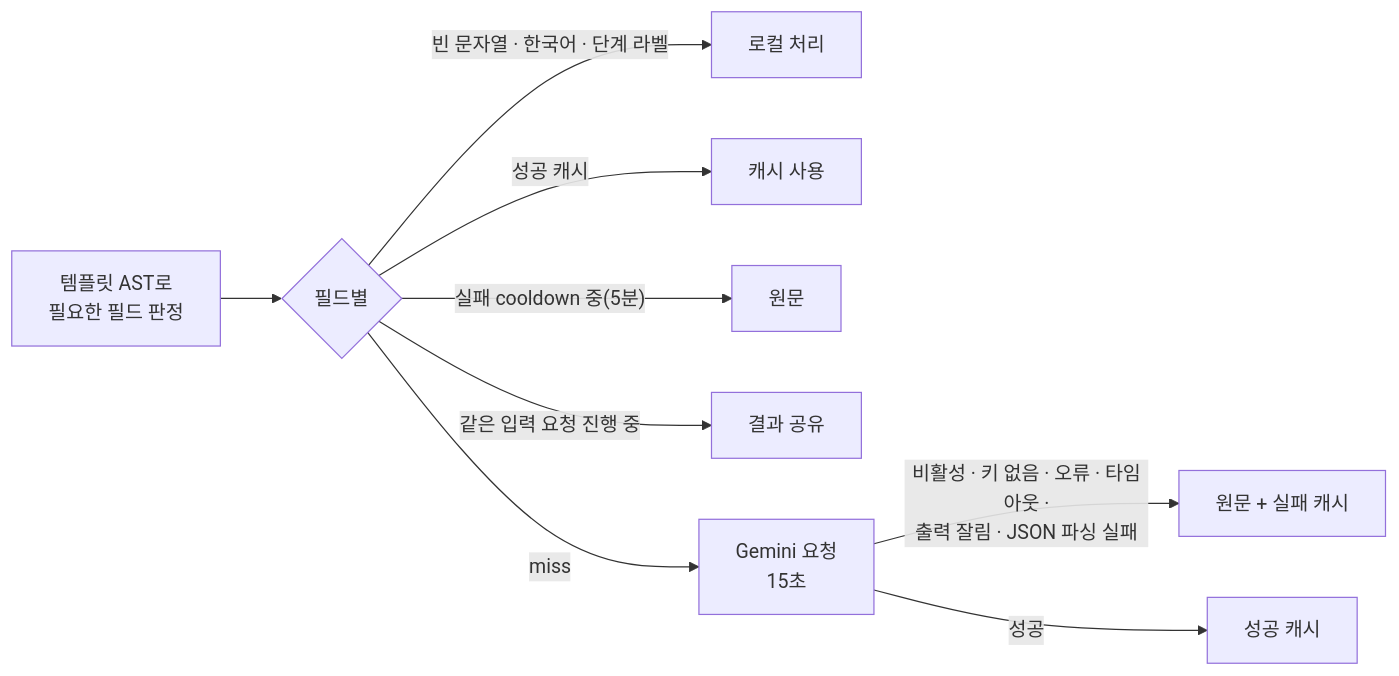
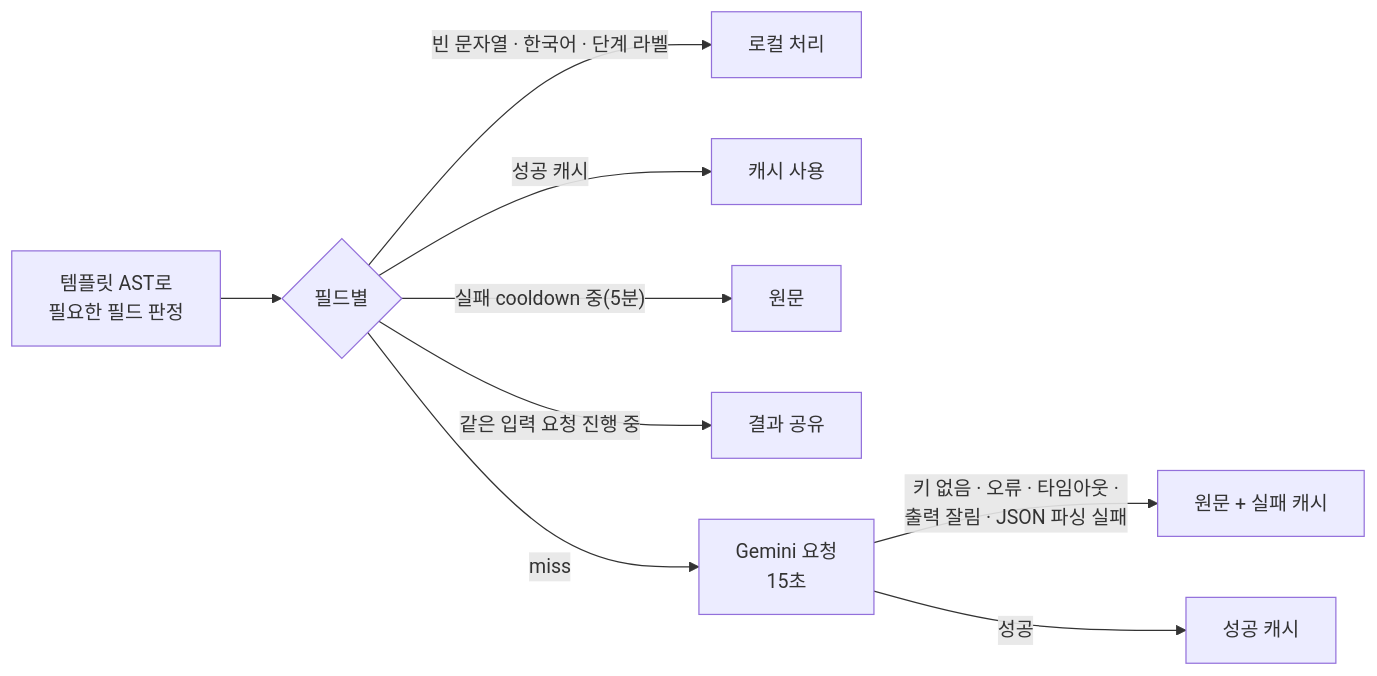
The eighth of 10 diagrams in Docs/architecture.md (Genticca/Private-RSS-Delivery), drawn with Mermaid before and after one commit. The commit also changed other lines of this file and 72 other files, not shown here.

First line of the commit message:
Simplify schema: one event_log, env model config, no item state copies

````diff
--- a/Docs/architecture.md
+++ b/Docs/architecture.md
@@ -287,11 +287,11 @@
 ```mermaid
 flowchart LR
   A["템플릿 AST로<br/>필요한 필드 판정"] --> B{"필드별"}
   B -->|"빈 문자열 · 한국어 · 단계 라벨"| L[로컬 처리]
   B -->|성공 캐시| C[캐시 사용]
   B -->|"실패 cooldown 중(5분)"| O[원문]
   B -->|같은 입력 요청 진행 중| SF[결과 공유]
   B -->|miss| M["Gemini 요청<br/>15초"]
-  M -->|"비활성 · 키 없음 · 오류 · 타임아웃 ·<br/>출력 잘림 · JSON 파싱 실패"| O2["원문 + 실패 캐시"]
+  M -->|"키 없음 · 오류 · 타임아웃 ·<br/>출력 잘림 · JSON 파싱 실패"| O2["원문 + 실패 캐시"]
   M -->|성공| S[성공 캐시]
 ```
````
